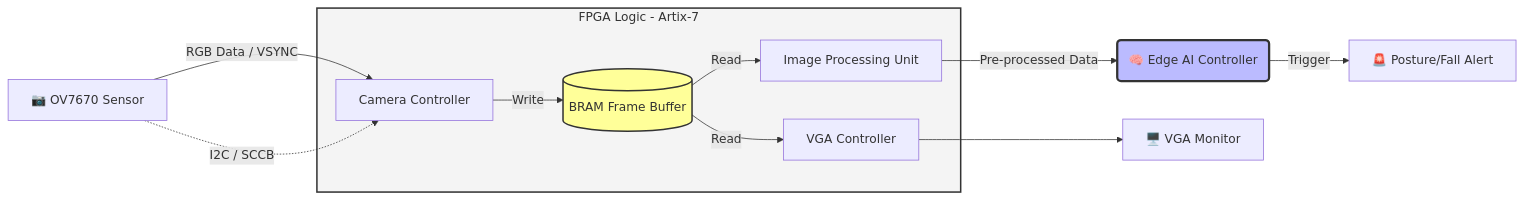
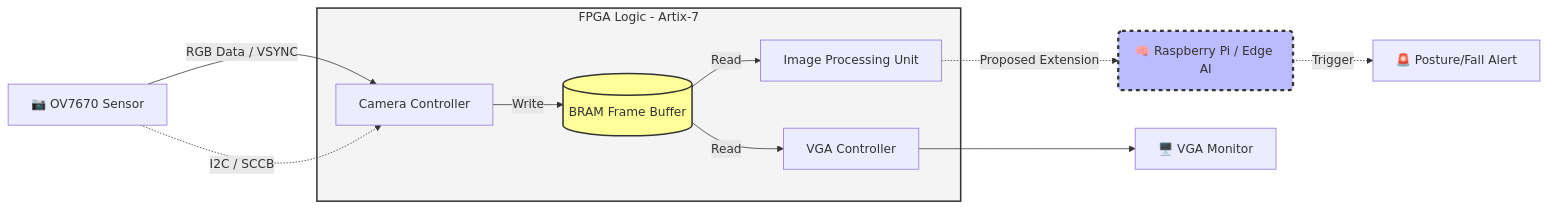
One commit to yosiBrim/fall-detection-fpga changed the diagram in README.md. Above: the diagram before and after it, drawn with Mermaid. The commit also changed other lines of this file, not shown here.

````diff
--- a/README.md
+++ b/README.md
@@ -19,20 +23,20 @@
 ```mermaid
 graph LR
     subgraph Hardware [FPGA Logic - Artix-7]
         ctrl[Camera Controller] -->|Write| bram[(BRAM Frame Buffer)]
         bram -->|Read| vga[VGA Controller]
         bram -->|Read| img[Image Processing Unit]
     end
     
     cam[📷 OV7670 Sensor] -->|RGB Data / VSYNC| ctrl
     cam -.->|I2C / SCCB| ctrl
     
-    img -->|Pre-processed Data| ai(🧠 Edge AI Controller)
+    img -.->|Proposed Extension| ai(🧠 Raspberry Pi / Edge AI)
     
     vga --> monitor[🖥️ VGA Monitor]
-    ai -->|Trigger| alert[🚨 Posture/Fall Alert]
+    ai -.->|Trigger| alert[🚨 Posture/Fall Alert]
     
     style Hardware fill:#f4f4f4,stroke:#333,stroke-width:2px
     style bram fill:#ff9,stroke:#333,stroke-width:2px
-    style ai fill:#bbf,stroke:#333,stroke-width:3px
+    style ai fill:#bbf,stroke:#333,stroke-width:3px,stroke-dasharray: 5 5
 ```
````
